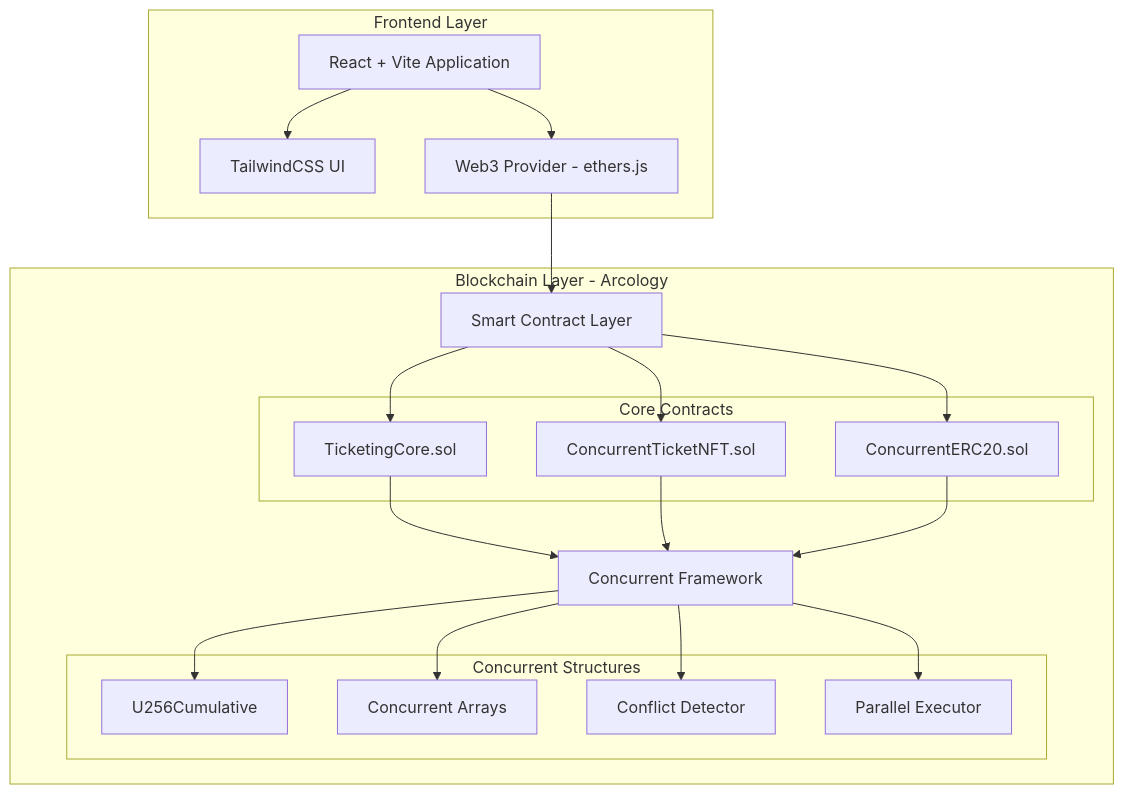
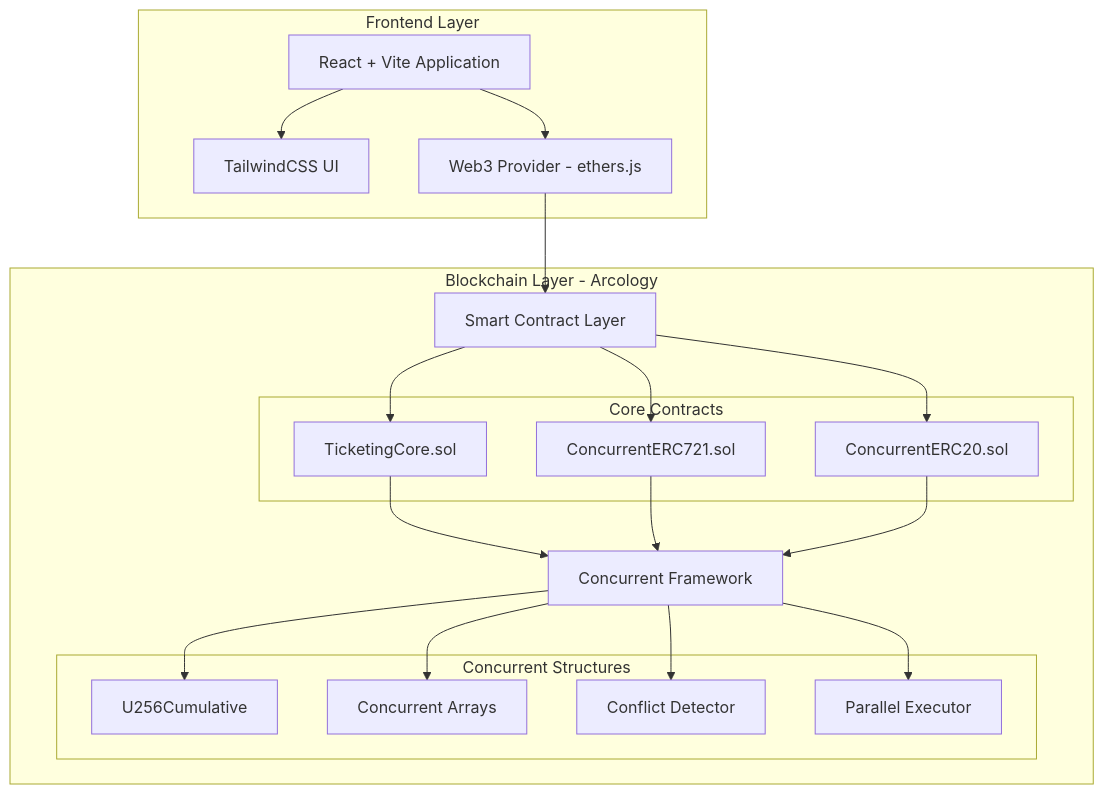
The first of 2 diagrams in PRD.md (imajus/going-in), drawn with Mermaid before and after one commit. The commit also changed other lines of this file and 2 other files, not shown here.

````diff
--- a/PRD.md
+++ b/PRD.md
@@ -39,40 +39,40 @@
 ```mermaid
 graph TB
     subgraph "Frontend Layer"
         A[React + Vite Application]
         B[TailwindCSS UI]
         C[Web3 Provider - ethers.js]
     end
 
     subgraph "Blockchain Layer - Arcology"
         D[Smart Contract Layer]
         E[Concurrent Framework]
 
         subgraph "Core Contracts"
             F[TicketingCore.sol]
-            G[ConcurrentTicketNFT.sol]
+            G[ConcurrentERC721.sol]
             H[ConcurrentERC20.sol]
         end
 
         subgraph "Concurrent Structures"
             I[U256Cumulative]
             J[Concurrent Arrays]
             K[Conflict Detector]
             L[Parallel Executor]
         end
     end
 
     A --> B
     A --> C
     C --> D
     D --> F
     D --> G
     D --> H
     F --> E
     G --> E
     H --> E
     E --> I
     E --> J
     E --> K
     E --> L
 ```
````
